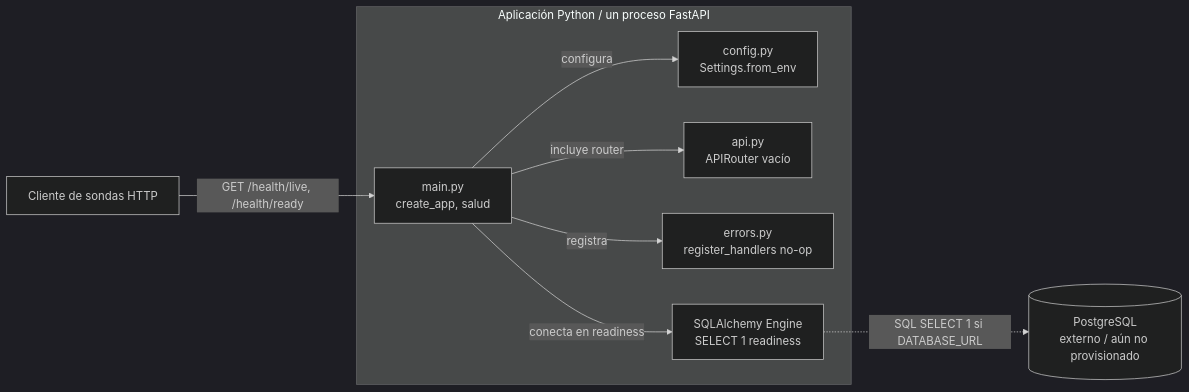
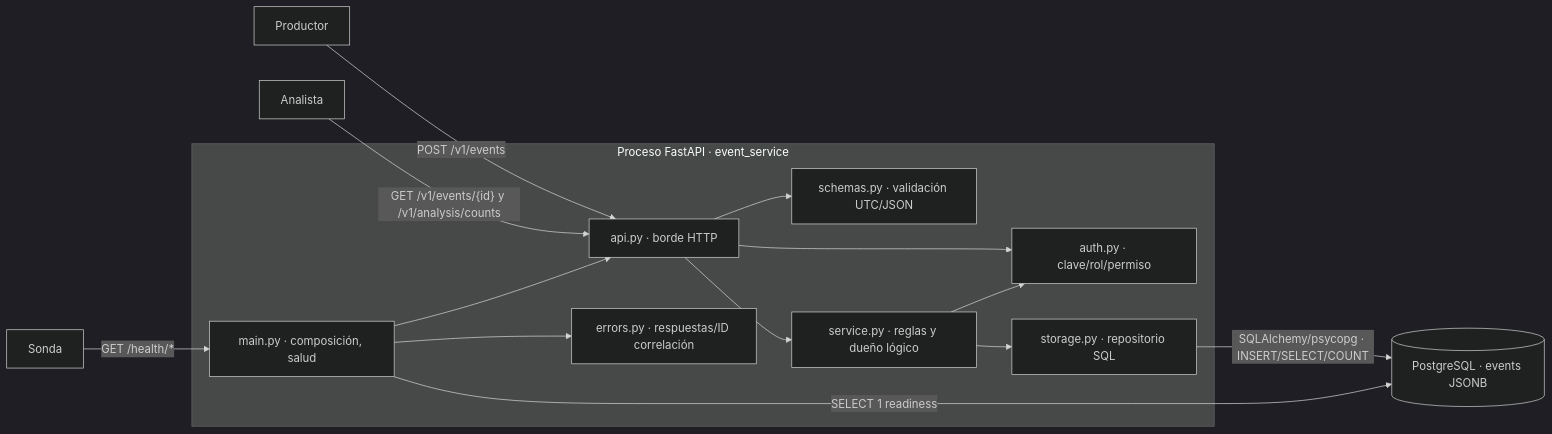
The diagram in docs/arquitectura/contenedores.md (marchelo23/Proyecto-Final-Metricas-y-DevOps), drawn with Mermaid (dark theme) before and after one commit. The commit also changed other lines of this file and 11 other files, not shown here.

````diff
--- a/docs/arquitectura/contenedores.md
+++ b/docs/arquitectura/contenedores.md
@@ -5,19 +5,26 @@
 ```mermaid
 flowchart LR
-    client["Cliente de sondas HTTP"] -->|"GET /health/live, /health/ready"| main
+    producer["Productor"] -->|"POST /v1/events"| api
+    analyst["Analista"] -->|"GET /v1/events/{id} y /v1/analysis/counts"| api
+    operator["Sonda"] -->|"GET /health/*"| main
 
-    subgraph process["Aplicación Python / un proceso FastAPI"]
-        main["main.py<br/>create_app, salud"]
-        config["config.py<br/>Settings.from_env"]
-        api["api.py<br/>APIRouter vacío"]
-        errors["errors.py<br/>register_handlers no-op"]
-        engine["SQLAlchemy Engine<br/>SELECT 1 readiness"]
-        main -->|"configura"| config
-        main -->|"incluye router"| api
-        main -->|"registra"| errors
-        main -->|"conecta en readiness"| engine
+    subgraph process["Proceso FastAPI · event_service"]
+        main["main.py · composición, salud"]
+        api["api.py · borde HTTP"]
+        schemas["schemas.py · validación UTC/JSON"]
+        auth["auth.py · clave/rol/permiso"]
+        service["service.py · reglas y dueño lógico"]
+        storage["storage.py · repositorio SQL"]
+        errors["errors.py · respuestas/ID correlación"]
+        main --> api
+        main --> errors
+        api --> schemas
+        api --> auth
+        api --> service
+        service --> auth
+        service --> storage
     end
 
-    pg[("PostgreSQL<br/>externo / aún no provisionado")]
-    engine -.->|"SQL SELECT 1 si DATABASE_URL"| pg
+    storage -->|"SQLAlchemy/psycopg · INSERT/SELECT/COUNT"| pg[("PostgreSQL · events JSONB")]
+    main -->|"SELECT 1 readiness"| pg
 ```
````
